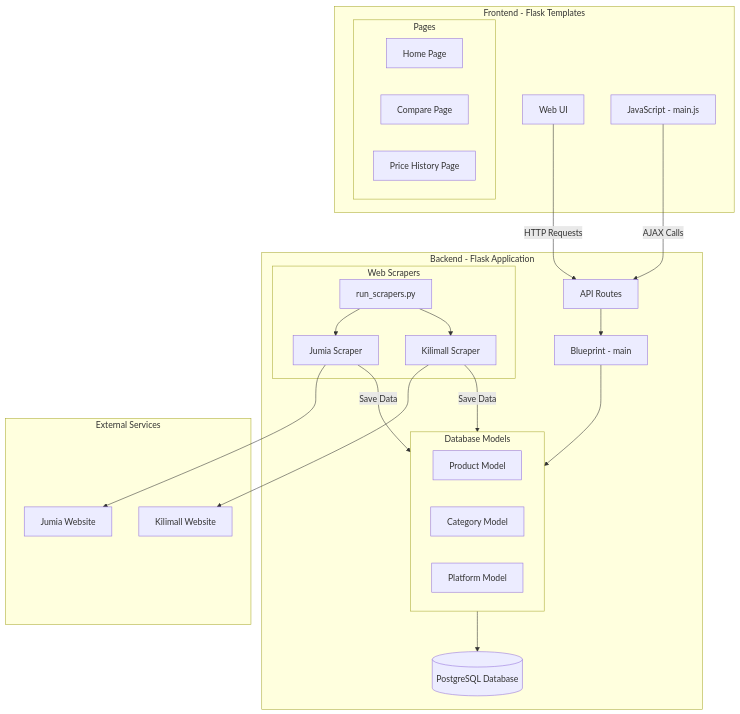
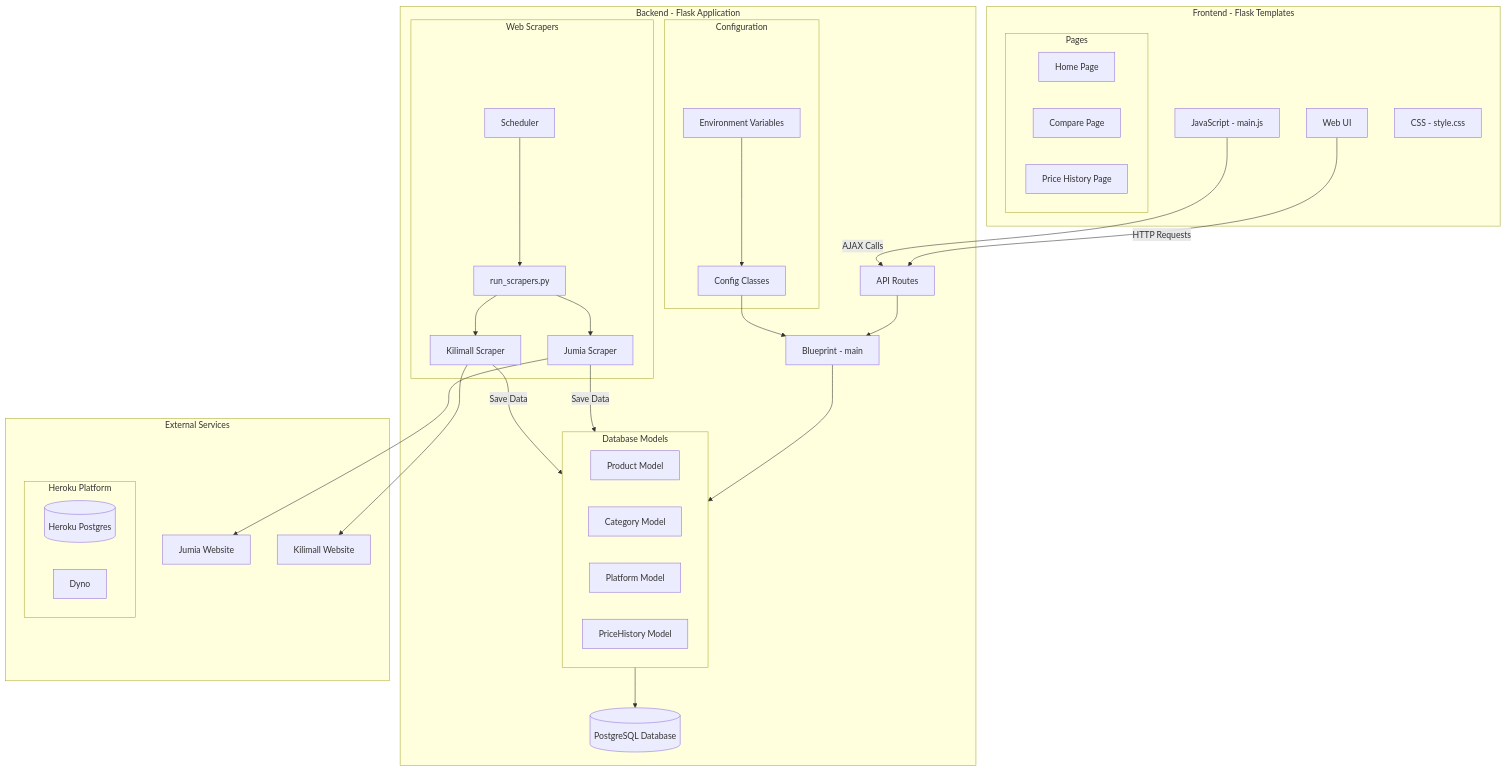
Before and after one commit to wawi-m/wpp-price_tracker: the diagram in doc/architecture.md, drawn with Mermaid. The commit also changed other lines of this file, not shown here.

Commit message:
docs: update architecture documentation with detailed system overview and components

````diff
--- a/doc/architecture.md
+++ b/doc/architecture.md
@@ -3,53 +7,69 @@
 ```mermaid
 graph TB
     %% Frontend Components
     subgraph Frontend[Frontend - Flask Templates]
         UI[Web UI]
         subgraph Pages[Pages]
             HP[Home Page]
             CP[Compare Page]
             PH[Price History Page]
         end
         JS[JavaScript - main.js]
+        CSS[CSS - style.css]
     end
 
     %% Backend Components
     subgraph Backend[Backend - Flask Application]
         API[API Routes]
         BP[Blueprint - main]
         DB[(PostgreSQL Database)]
         
         subgraph Models[Database Models]
             PM[Product Model]
             CM[Category Model]
             PLM[Platform Model]
+            PH_M[PriceHistory Model]
         end
         
         subgraph Scrapers[Web Scrapers]
             JS_S[Jumia Scraper]
             KM_S[Kilimall Scraper]
             RS[run_scrapers.py]
+            SC[Scheduler]
+        end
+
+        subgraph Config[Configuration]
+            ENV[Environment Variables]
+            CFG[Config Classes]
         end
     end
 
     %% External Services
     subgraph External[External Services]
         JUM[Jumia Website]
         KIL[Kilimall Website]
+        subgraph Heroku[Heroku Platform]
+            HD[(Heroku Postgres)]
+            DY[Dyno]
+        end
     end
 
     %% Connections
     UI --> |HTTP Requests| API
     JS --> |AJAX Calls| API
     API --> BP
     BP --> Models
     Models --> DB
     
     RS --> JS_S
     RS --> KM_S
     JS_S --> JUM
     KM_S --> KIL
     
     JS_S --> |Save Data| Models
     KM_S --> |Save Data| Models
+    
+    SC --> RS
+    ENV --> CFG
+    CFG --> BP
 ```
````
